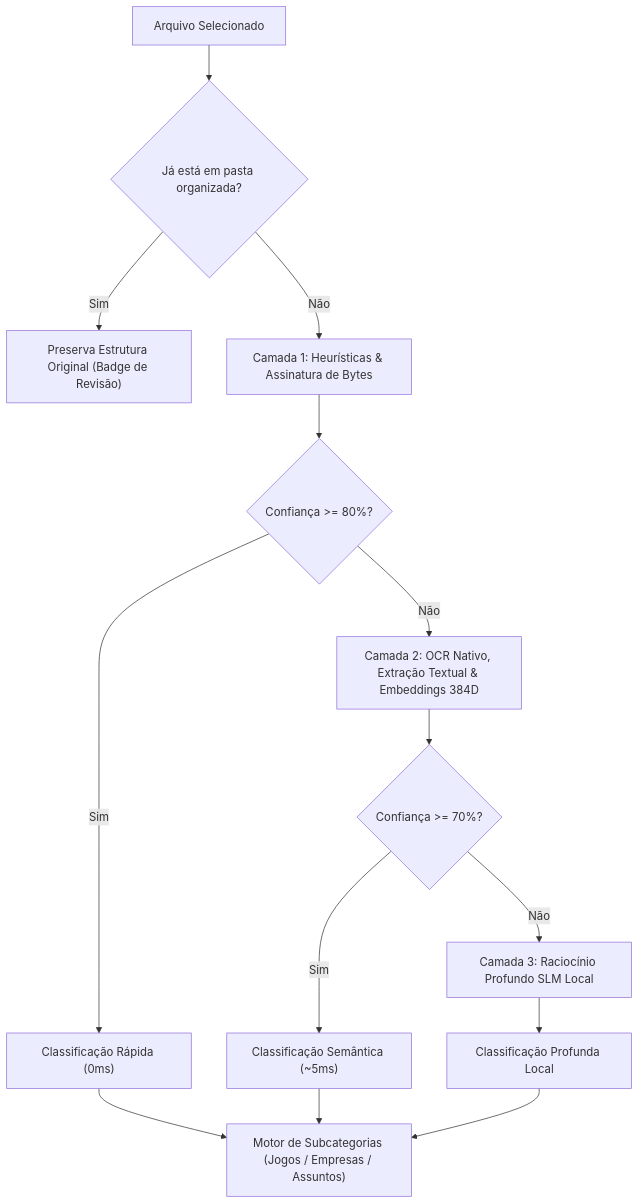
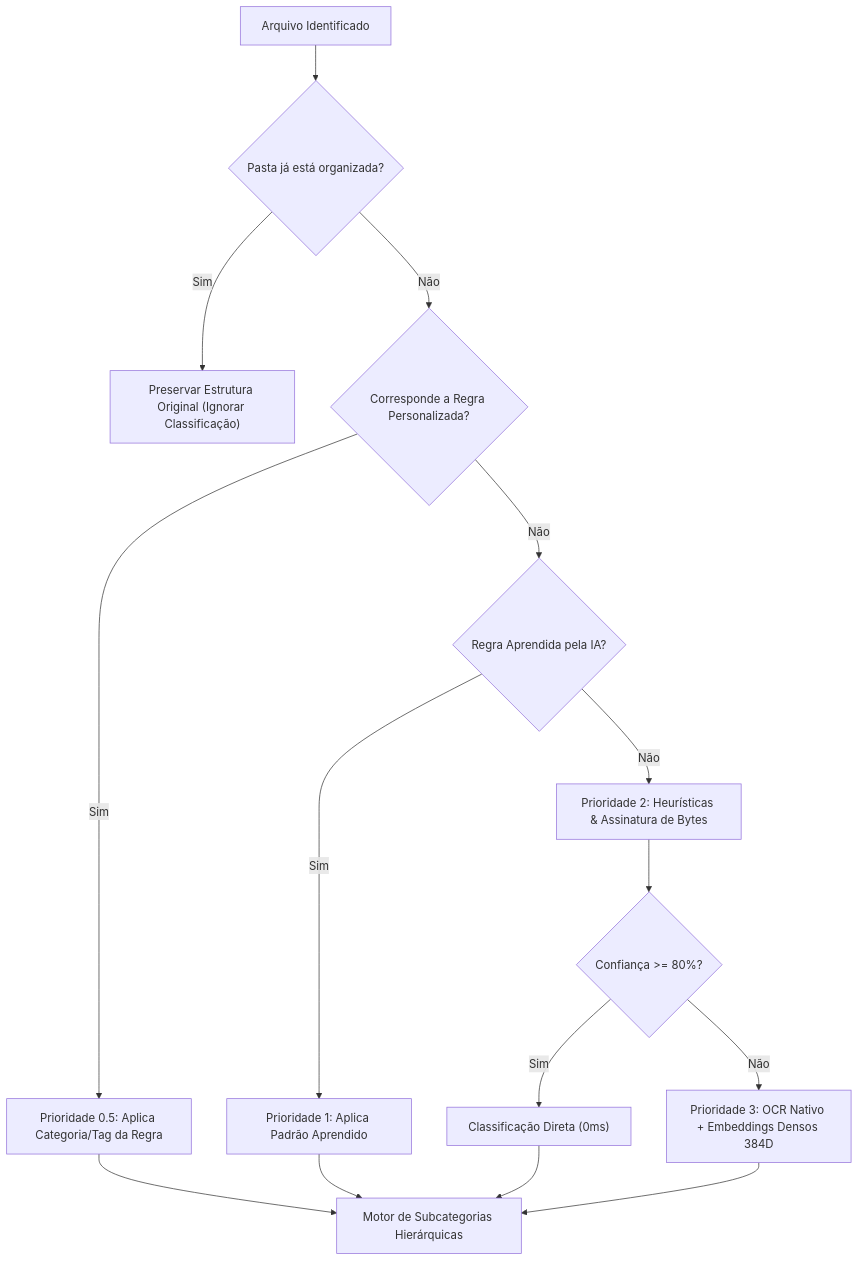
The diagram in README.md (pongitV/Indexo), drawn with Mermaid before and after one commit. The commit also changed other lines of this file and 47 other files, not shown here.

````diff
--- a/README.md
+++ b/README.md
@@ -80,16 +77,17 @@
 ```mermaid
 flowchart TD
-    A["Arquivo Selecionado"] --> P{"Já está em pasta organizada?"}
-    P -->|"Sim"| PRESERV["Preserva Estrutura Original (Badge de Revisão)"]
-    P -->|"Não"| B["Camada 1: Heurísticas & Assinatura de Bytes"]
-    B --> Z{"Confiança >= 80%?"}
-    Z -->|"Sim"| R1["Classificação Rápida (0ms)"]
-    Z -->|"Não"| C["Camada 2: OCR Nativo, Extração Textual & Embeddings 384D"]
-    C --> Y{"Confiança >= 70%?"}
-    Y -->|"Sim"| R2["Classificação Semântica (~5ms)"]
-    Y -->|"Não"| D["Camada 3: Raciocínio Profundo SLM Local"]
-    D --> R3["Classificação Profunda Local"]
-    R1 --> SUB["Motor de Subcategorias (Jogos / Empresas / Assuntos)"]
+    A["Arquivo Identificado"] --> P0{"Pasta já está organizada?"}
+    P0 -->|"Sim"| KEEP["Preservar Estrutura Original (Ignorar Classificação)"]
+    P0 -->|"Não"| P05{"Corresponde a Regra Personalizada?"}
+    P05 -->|"Sim"| R05["Prioridade 0.5: Aplica Categoria/Tag da Regra"]
+    P05 -->|"Não"| P1{"Regra Aprendida pela IA?"}
+    P1 -->|"Sim"| R1["Prioridade 1: Aplica Padrão Aprendido"]
+    P1 -->|"Não"| P2["Prioridade 2: Heurísticas & Assinatura de Bytes"]
+    P2 --> Z{"Confiança >= 80%?"}
+    Z -->|"Sim"| R2["Classificação Direta (0ms)"]
+    Z -->|"Não"| P3["Prioridade 3: OCR Nativo + Embeddings Densos 384D"]
+    P3 --> SUB["Motor de Subcategorias Hierárquicas"]
+    R05 --> SUB
+    R1 --> SUB
     R2 --> SUB
-    R3 --> SUB
 ```
````
